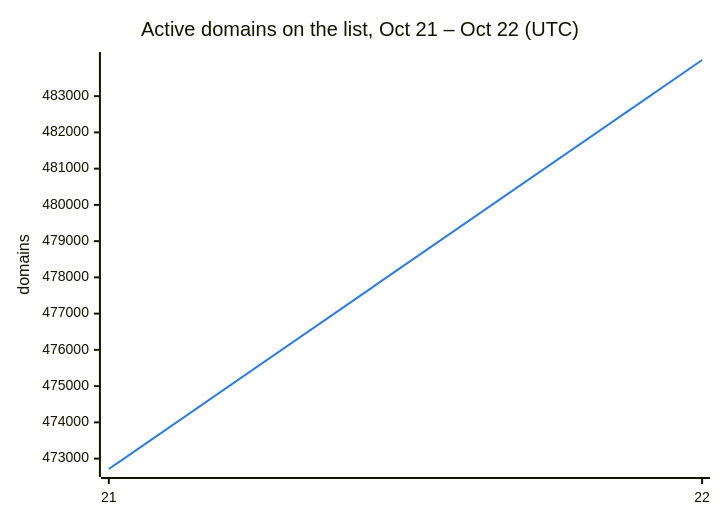
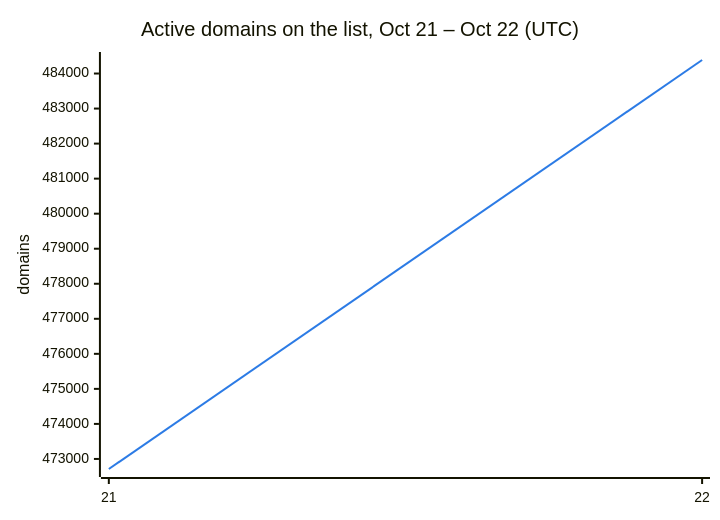
The second of 3 diagrams in README.md (DNSBunker/CTI), drawn with Mermaid before and after one commit. The commit also changed other lines of this file and 3 other files, not shown here.

````diff
--- a/README.md
+++ b/README.md
@@ -38,8 +38,8 @@
 ```mermaid
 %%{init: {"themeVariables": {"xyChart": {"plotColorPalette": "#2c7be5"}}}}%%
 xychart-beta
     title "Active domains on the list, Oct 21 – Oct 22 (UTC)"
     x-axis ["21", "22"]
     y-axis "domains"
-    line [472713, 483998]
+    line [472713, 484386]
 ```
````
